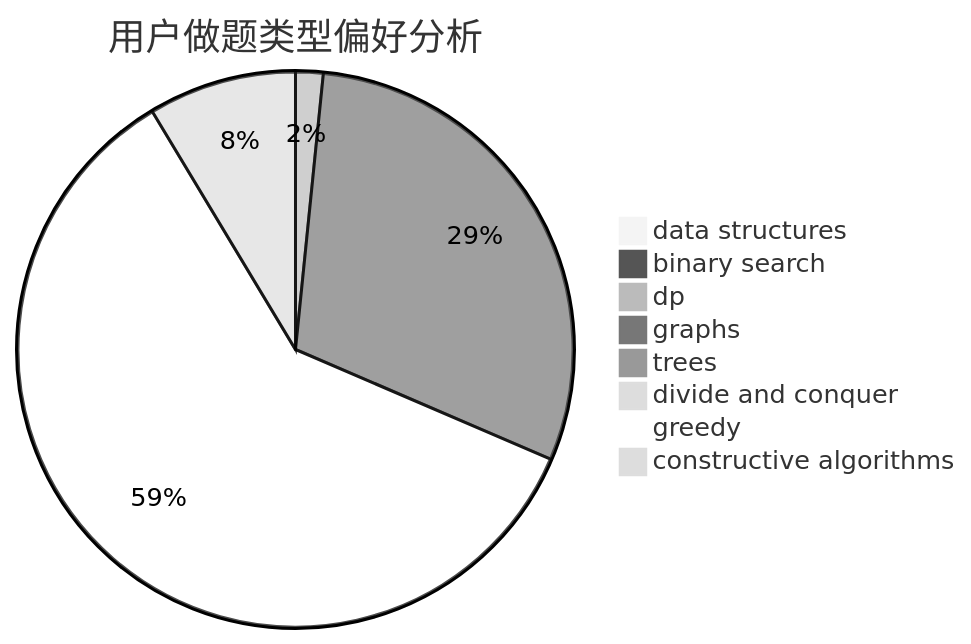
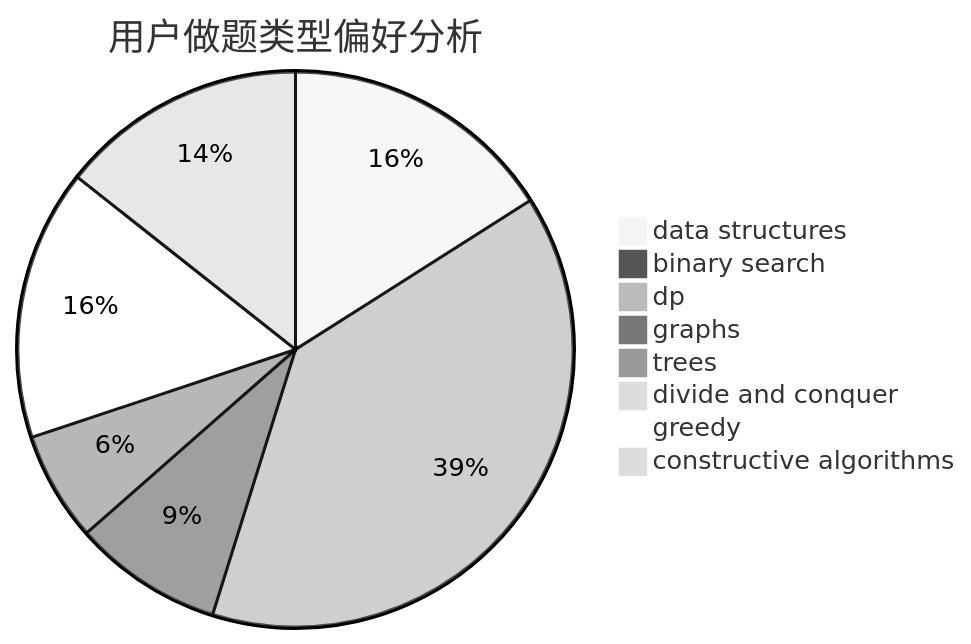
The second of 3 diagrams in docs/user/u1238.md (sherpahu/cfrs.github.io), drawn with Mermaid (neutral theme) before and after one commit. The commit also changed other lines of this file and 2770 other files, not shown here.

````diff
--- a/docs/user/u1238.md
+++ b/docs/user/u1238.md
@@ -23,11 +23,11 @@
 ```mermaid
 pie title 用户做题类型偏好分析
-    "data structures" :  4
-    "binary search" :  2
-    "dp" :  8
-    "graphs" :  149
-    "trees" :  1
-    "divide and conquer" :  1
-    "greedy" :  299
-    "constructive algorithms" :  43
+    "data structures" :  68
+    "binary search" :  1
+    "dp" :  165
+    "graphs" :  37
+    "trees" :  27
+    "divide and conquer" :  2
+    "greedy" :  67
+    "constructive algorithms" :  61
 ```
````
